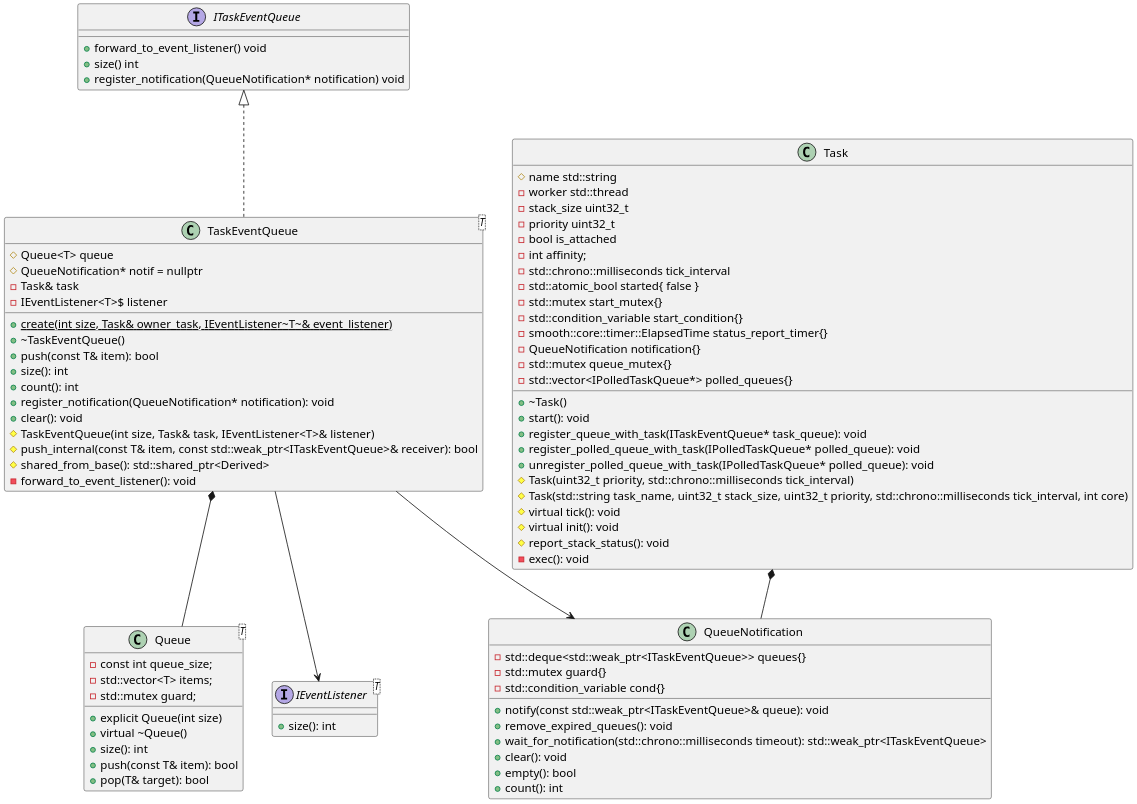
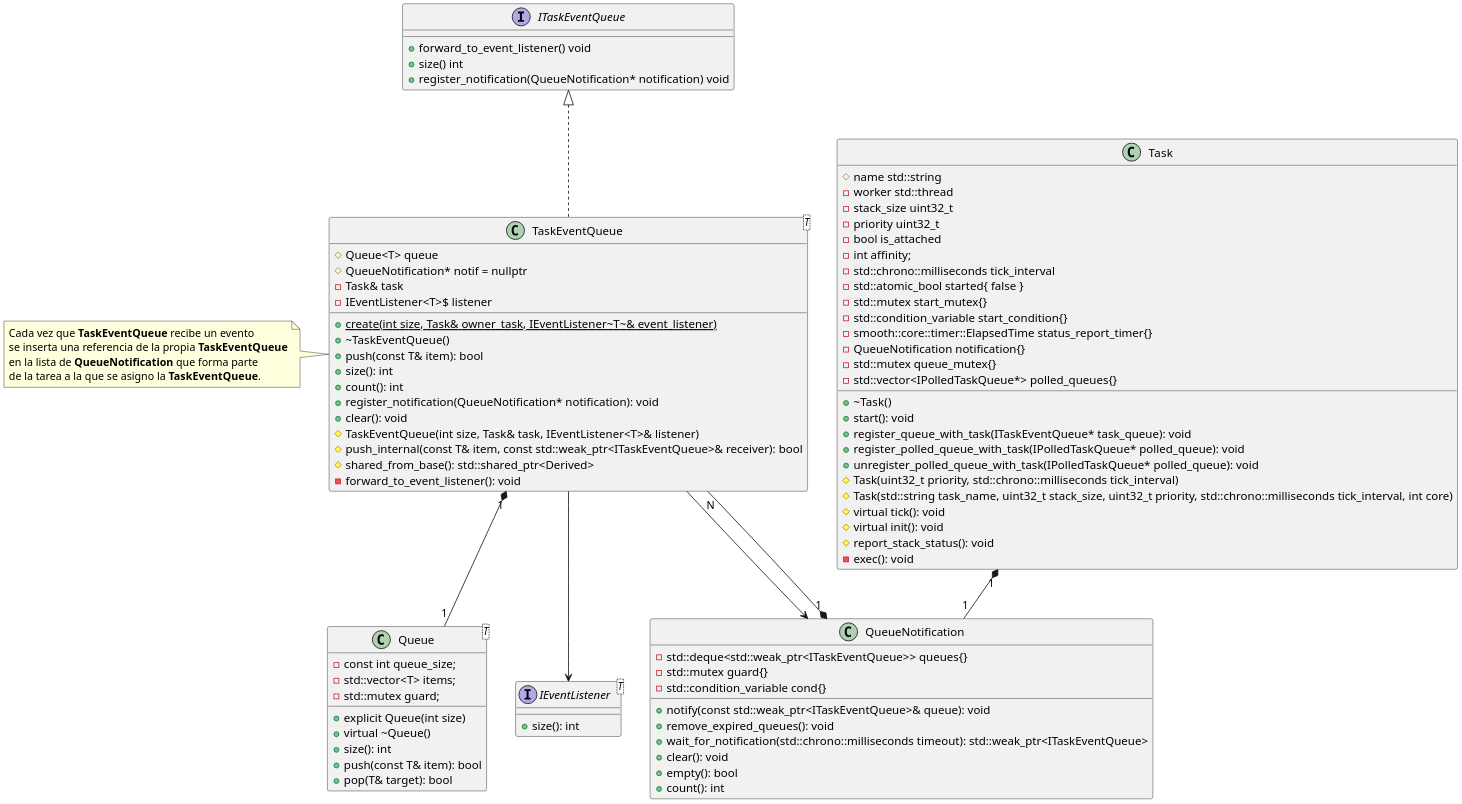
One commit to jtpadilla/esp-idf-sc changed the diagram in components/smooth/diagrams/src/ipc.plantuml. Above: the diagram before and after it, drawn with PlantUML. The commit also changed 2 other files, not shown here.

```diff
--- a/components/smooth/diagrams/src/ipc.plantuml
+++ b/components/smooth/diagrams/src/ipc.plantuml
@@ -1,92 +1,100 @@
 @startuml ipc
 
 scale 2
 
 
 interface ITaskEventQueue {
     +forward_to_event_listener() void
     +size() int
     +register_notification(QueueNotification* notification) void
 }
 
 class TaskEventQueue<T> {
     #Queue<T> queue
     #QueueNotification* notif = nullptr
     -Task& task
     -IEventListener<T>$ listener
     {static} +create(int size, Task& owner_task, IEventListener~T~& event_listener)
     +~TaskEventQueue()
     +push(const T& item): bool
     +size(): int
     +count(): int
     +register_notification(QueueNotification* notification): void
     +clear(): void
     #TaskEventQueue(int size, Task& task, IEventListener<T>& listener)
     #push_internal(const T& item, const std::weak_ptr<ITaskEventQueue>& receiver): bool
     #shared_from_base(): std::shared_ptr<Derived>
     -forward_to_event_listener(): void
 }
+note left
+Cada vez que <b>TaskEventQueue</b> recibe un evento 
+se inserta una referencia de la propia <b>TaskEventQueue</b>
+en la lista de <b>QueueNotification</b> que forma parte 
+de la tarea a la que se asigno la <b>TaskEventQueue</b>.
+end note
 
 class Queue<T> {
     -const int queue_size;
     -std::vector<T> items;
     -std::mutex guard;
     +explicit Queue(int size)
     +virtual ~Queue()
     +size(): int
     +push(const T& item): bool
     +pop(T& target): bool
 }
 
 class QueueNotification {
     -std::deque<std::weak_ptr<ITaskEventQueue>> queues{}
     -std::mutex guard{}
     -std::condition_variable cond{}
     +notify(const std::weak_ptr<ITaskEventQueue>& queue): void
     +remove_expired_queues(): void
     +wait_for_notification(std::chrono::milliseconds timeout): std::weak_ptr<ITaskEventQueue>
     +clear(): void
     +empty(): bool
     +count(): int
 }
 
 interface IEventListener<T> {
     +size(): int
 }
 
 class Task {
     +~Task()
     +start(): void
     +register_queue_with_task(ITaskEventQueue* task_queue): void
     +register_polled_queue_with_task(IPolledTaskQueue* polled_queue): void
     +unregister_polled_queue_with_task(IPolledTaskQueue* polled_queue): void
     #name std::string
     #Task(uint32_t priority, std::chrono::milliseconds tick_interval)
     #Task(std::string task_name, uint32_t stack_size, uint32_t priority, std::chrono::milliseconds tick_interval, int core)
     #virtual tick(): void
     #virtual init(): void
     #report_stack_status(): void
     -worker std::thread
     -stack_size uint32_t
     -priority uint32_t
     -bool is_attached
     -int affinity;
     -std::chrono::milliseconds tick_interval
     -std::atomic_bool started{ false }
     -std::mutex start_mutex{}
     -std::condition_variable start_condition{}
     -smooth::core::timer::ElapsedTime status_report_timer{}
     -QueueNotification notification{}
     -std::mutex queue_mutex{}
     -std::vector<IPolledTaskQueue*> polled_queues{}
     -exec(): void
 }
 
-Task *-- QueueNotification
+Task "1" *-- "1" QueueNotification
 
 class TaskEventQueue implements ITaskEventQueue
-TaskEventQueue *-- Queue
+TaskEventQueue "1" *-- "1" Queue
 TaskEventQueue --> QueueNotification
 TaskEventQueue --> IEventListener
 
+QueueNotification "1" *-- "N" TaskEventQueue
+
 @enduml
```
